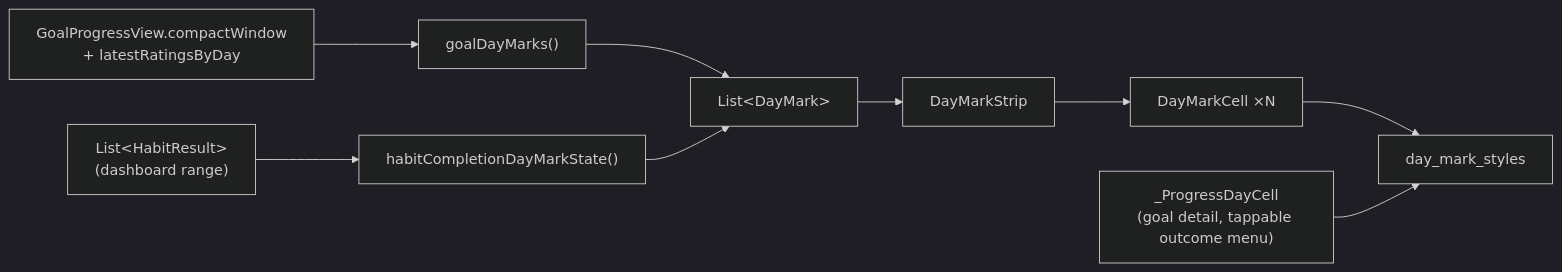
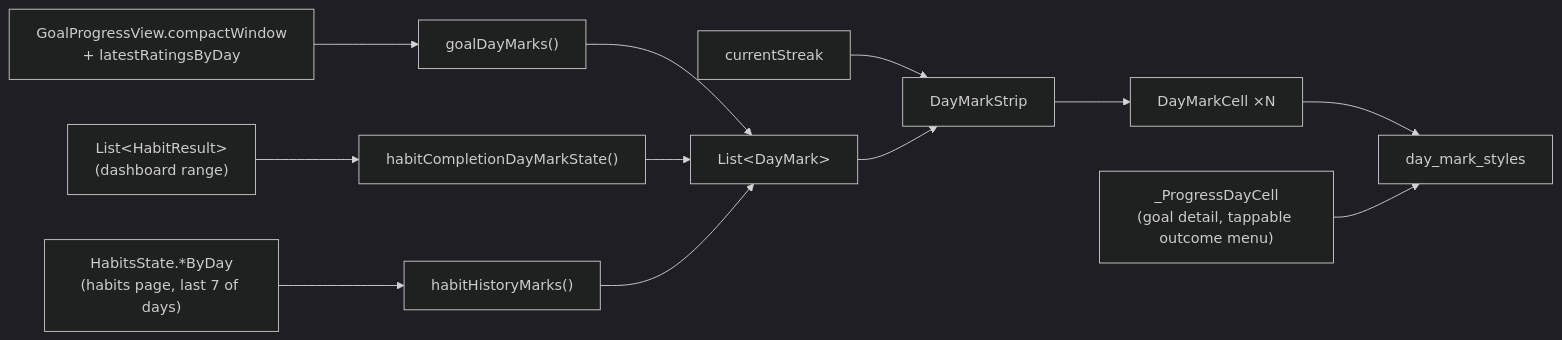
One commit to matthiasn/lotti changed the second of 3 diagrams in knowledge/architecture/day-indicators.md. Above: the diagram before and after it, drawn with Mermaid (dark theme). The commit also changed other lines of this file and 30 other files, not shown here.

First line of the commit message:
feat(day-indicators): draw the habit day squares to the design handover

````diff
--- a/knowledge/architecture/day-indicators.md
+++ b/knowledge/architecture/day-indicators.md
@@ -98,11 +105,14 @@
 ```mermaid
 flowchart LR
   GV["GoalProgressView.compactWindow<br/>+ latestRatingsByDay"] --> GA["goalDayMarks()"]
   HR["List&lt;HabitResult&gt;<br/>(dashboard range)"] --> HA["habitCompletionDayMarkState()"]
+  HS["HabitsState.*ByDay<br/>(habits page, last 7 of days)"] --> HM["habitHistoryMarks()"]
   GA --> M["List&lt;DayMark&gt;"]
   HA --> M
+  HM --> M
+  SC["currentStreak"] --> S
   M --> S["DayMarkStrip"]
   S --> C["DayMarkCell ×N"]
   C --> ST["day_mark_styles"]
   P["_ProgressDayCell<br/>(goal detail, tappable outcome menu)"] --> ST
 ```
````
